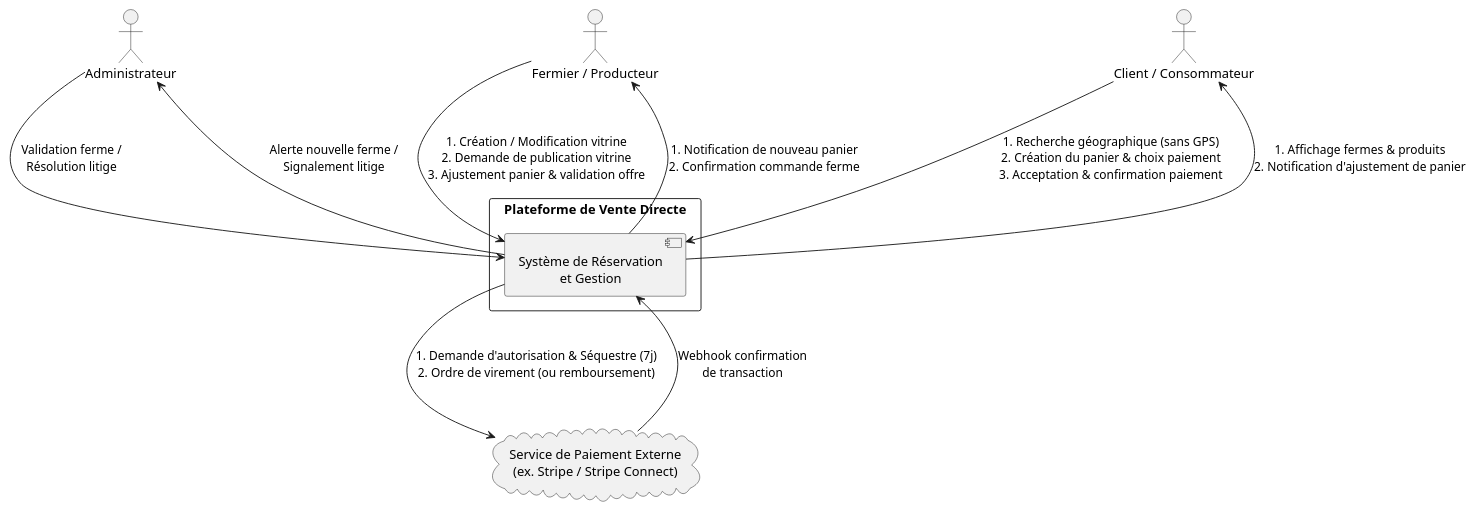
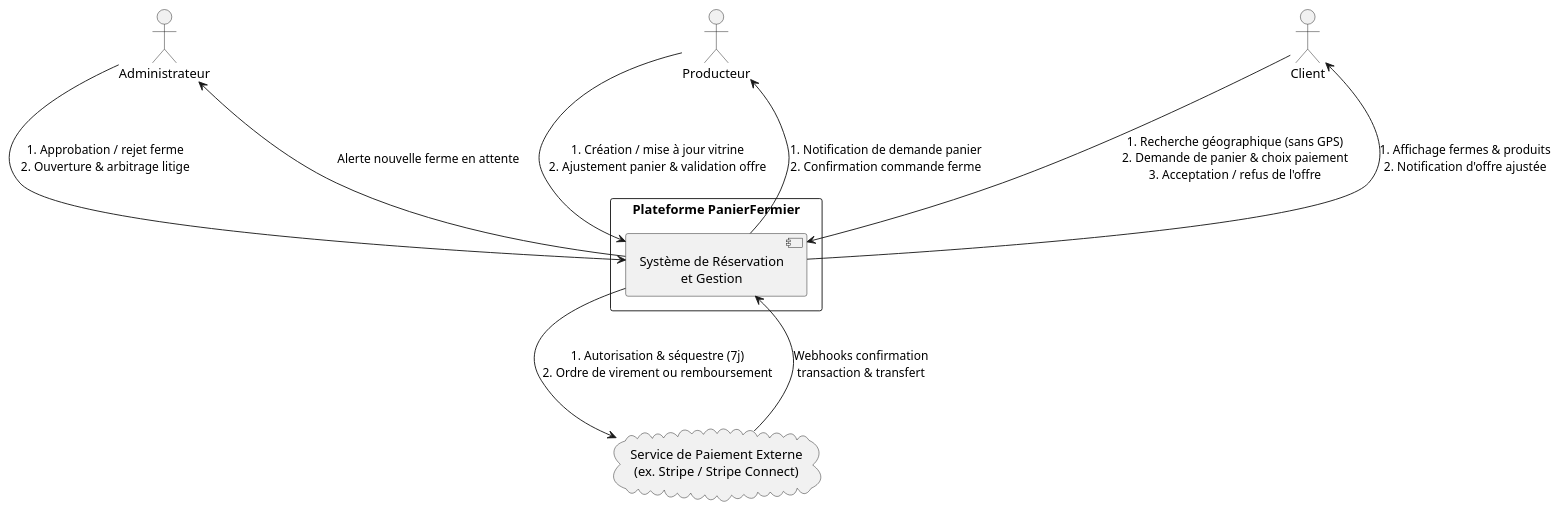
The first of 6 diagrams in REQUIREMENTS.md (Uhrbaan/reis-panier-fermier), drawn with PlantUML before and after one commit. The commit also changed other lines of this file and 5 other files, not shown here.

````diff
--- a/REQUIREMENTS.md
+++ b/REQUIREMENTS.md
@@ -156,35 +153,35 @@
 ```plantuml
 @startuml assets/diagrams/info-flow
 skinparam shadowing false
 skinparam nodesep 90
 skinparam ranksep 110
 skinparam defaultTextAlignment center
 
-actor "Client / Consommateur" as Client
-actor "Fermier / Producteur" as Producteur
+actor "Client" as Client
+actor "Producteur" as Producteur
 actor "Administrateur" as Admin
 
-rectangle "Plateforme de Vente Directe" {
+rectangle "Plateforme PanierFermier" {
     component "Système de Réservation\net Gestion" as Sys
 }
 
 cloud "Service de Paiement Externe\n(ex. Stripe / Stripe Connect)" as Paiement
 
 ' Flux d'informations : Client <-> Système
-Client -down-> Sys : 1. Recherche géographique (sans GPS)\n2. Création du panier & choix paiement\n3. Acceptation & confirmation paiement
-Sys -up-> Client : 1. Affichage fermes & produits\n2. Notification d'ajustement de panier
+Client -down-> Sys : 1. Recherche géographique (sans GPS)\n2. Demande de panier & choix paiement\n3. Acceptation / refus de l'offre
+Sys -up-> Client : 1. Affichage fermes & produits\n2. Notification d'offre ajustée
 
 ' Flux d'informations : Producteur <-> Système
-Producteur -down-> Sys : 1. Création / Modification vitrine\n2. Demande de publication vitrine\n3. Ajustement panier & validation offre
-Sys -up-> Producteur : 1. Notification de nouveau panier\n2. Confirmation commande ferme
+Producteur -down-> Sys : 1. Création / mise à jour vitrine\n2. Ajustement panier & validation offre
+Sys -up-> Producteur : 1. Notification de demande panier\n2. Confirmation commande ferme
 
 ' Flux d'informations : Admin <-> Système
-Admin -down-> Sys : Validation ferme /\nRésolution litige
-Sys -up-> Admin : Alerte nouvelle ferme /\nSignalement litige
+Admin -down-> Sys : 1. Approbation / rejet ferme\n2. Ouverture & arbitrage litige
+Sys -up-> Admin : Alerte nouvelle ferme en attente
 
 ' Flux d'informations : Système <-> Paiement
-Sys -down-> Paiement : 1. Demande d'autorisation & Séquestre (7j)\n2. Ordre de virement (ou remboursement)
-Paiement -up-> Sys : Webhook confirmation\nde transaction
+Sys -down-> Paiement : 1. Autorisation & séquestre (7j)\n2. Ordre de virement ou remboursement
+Paiement -up-> Sys : Webhooks confirmation\ntransaction & transfert
 
 @enduml
 ```
````
